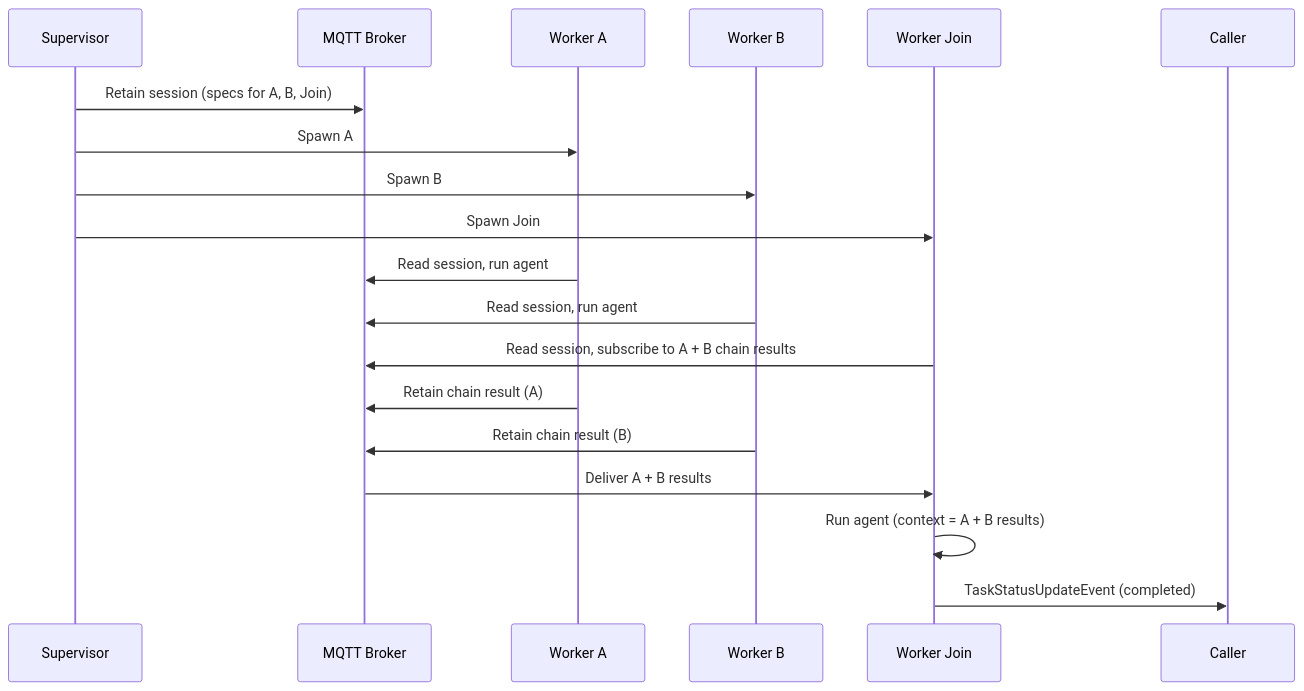
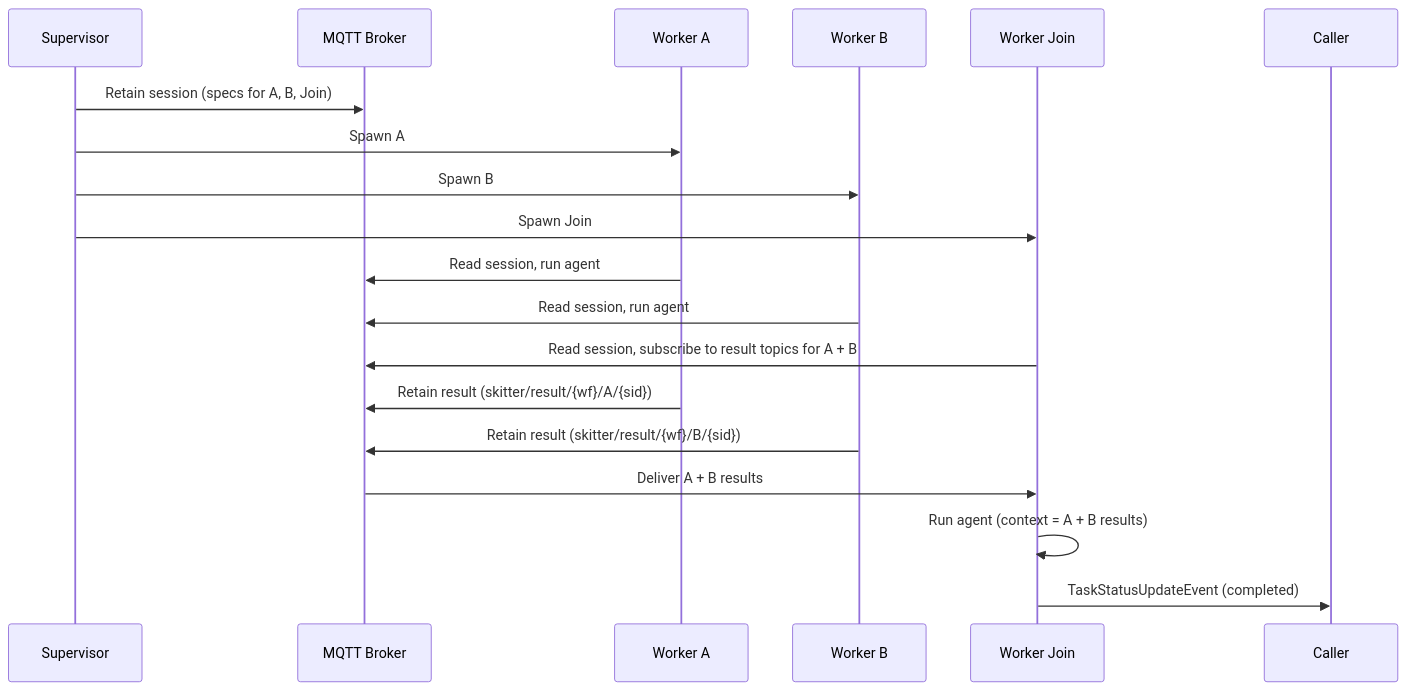
The third of 3 diagrams in docs/architecture.md (id/skitter), drawn with Mermaid before and after one commit. The commit also changed other lines of this file and 17 other files, not shown here.

````diff
--- a/docs/architecture.md
+++ b/docs/architecture.md
@@ -91,21 +101,21 @@
 ```mermaid
 sequenceDiagram
     participant S as Supervisor
     participant B as MQTT Broker
     participant WA as Worker A
     participant WB as Worker B
     participant WJ as Worker Join
 
     S->>B: Retain session (specs for A, B, Join)
     S->>WA: Spawn A
     S->>WB: Spawn B
     S->>WJ: Spawn Join
     WA->>B: Read session, run agent
     WB->>B: Read session, run agent
-    WJ->>B: Read session, subscribe to A + B chain results
-    WA->>B: Retain chain result (A)
-    WB->>B: Retain chain result (B)
+    WJ->>B: Read session, subscribe to result topics for A + B
+    WA->>B: Retain result (skitter/result/{wf}/A/{sid})
+    WB->>B: Retain result (skitter/result/{wf}/B/{sid})
     B->>WJ: Deliver A + B results
     WJ->>WJ: Run agent (context = A + B results)
     WJ->>Caller: TaskStatusUpdateEvent (completed)
 ```
````
